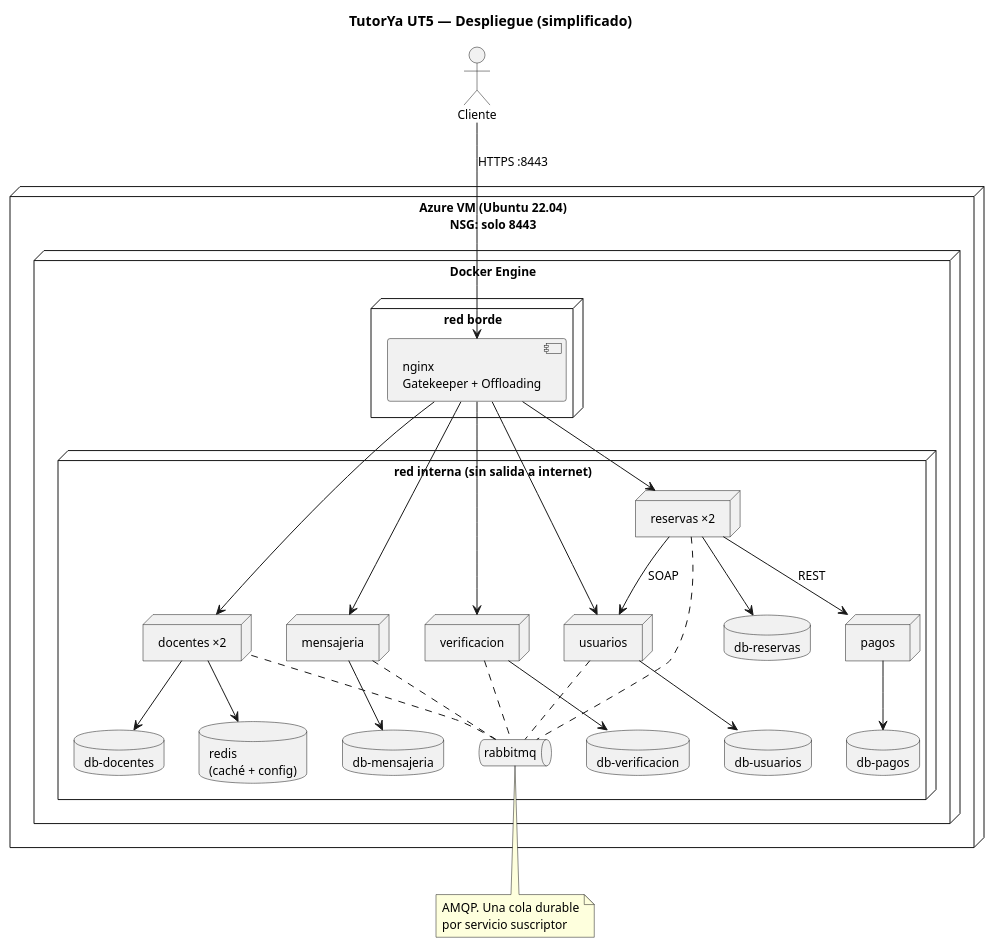
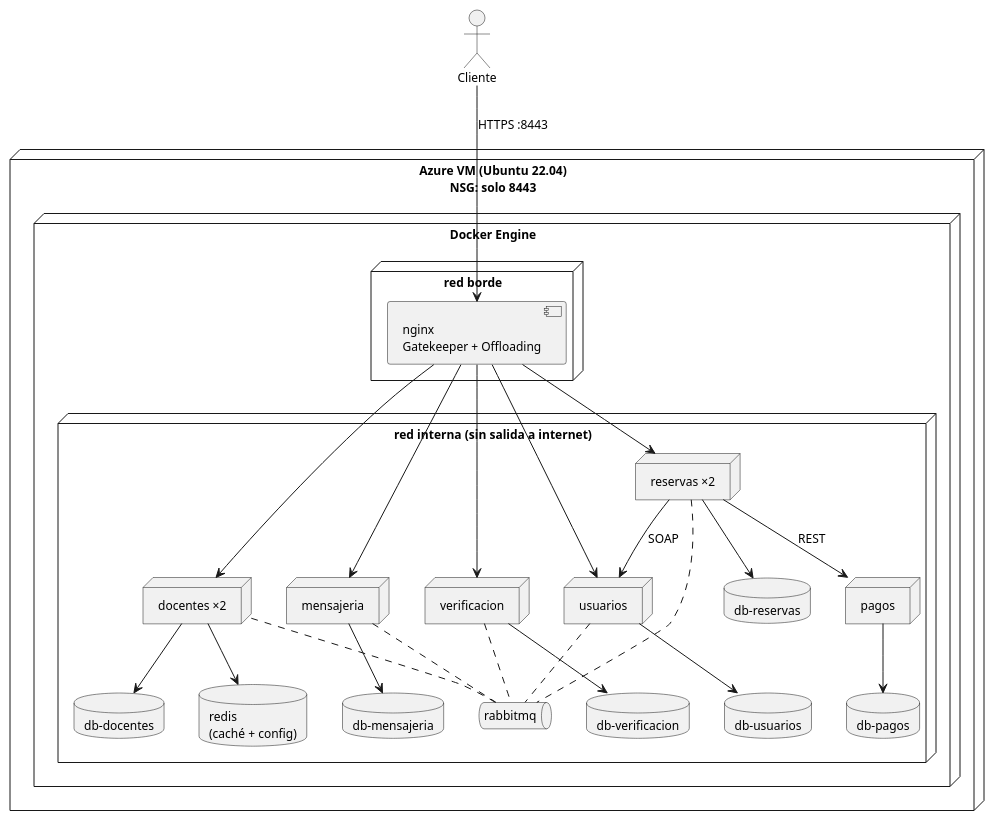
Before and after one commit to SebastianCuneo/tutorYA: the diagram in docs/ut5/despliegue.puml, drawn with PlantUML. The commit also changed 7 other files, not shown here.

First line of the commit message:
UT5: diagramas en blanco y negro, sin títulos ni notas

```diff
--- a/docs/ut5/despliegue.puml
+++ b/docs/ut5/despliegue.puml
@@ -1,52 +1,53 @@
 @startuml despliegue
+skinparam monochrome true
 skinparam shadowing false
+skinparam defaultFontName Arial
 skinparam defaultFontSize 12
-title TutorYa UT5 — Despliegue (simplificado)
+skinparam backgroundColor white
 
 actor Cliente
 node "Azure VM (Ubuntu 22.04)\nNSG: solo 8443" as VM {
   node "Docker Engine" as DE {
     node "red borde" {
       component "nginx\nGatekeeper + Offloading" as NG
     }
     node "red interna (sin salida a internet)" {
       node "usuarios" as cu
       node "docentes ×2" as cd
       node "mensajeria" as cm
       node "verificacion" as cv
       node "reservas ×2" as cr
       node "pagos" as cp
       database "db-usuarios" as du
       database "db-docentes" as dd
       database "db-mensajeria" as dm
       database "db-verificacion" as dv
       database "db-reservas" as dr
       database "db-pagos" as dp
       queue "rabbitmq" as mq
       database "redis\n(caché + config)" as rd
     }
   }
 }
 
 Cliente --> NG : HTTPS :8443
 NG --> cu
 NG --> cd
 NG --> cm
 NG --> cv
 NG --> cr
 cu --> du
 cd --> dd
 cm --> dm
 cv --> dv
 cr --> dr
 cp --> dp
 cr --> cp : REST
 cr --> cu : SOAP
 cd --> rd
 cu .. mq
 cd .. mq
 cm .. mq
 cv .. mq
 cr .. mq
-note bottom of mq : AMQP. Una cola durable\npor servicio suscriptor
 @enduml
```
